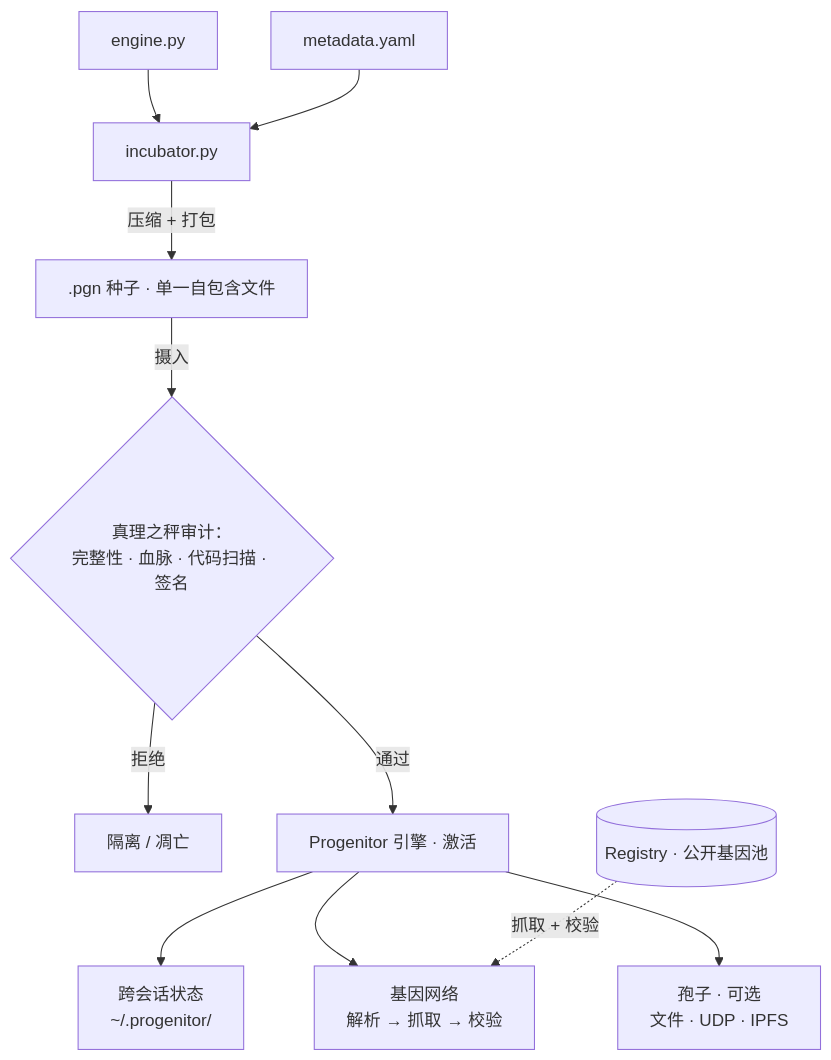
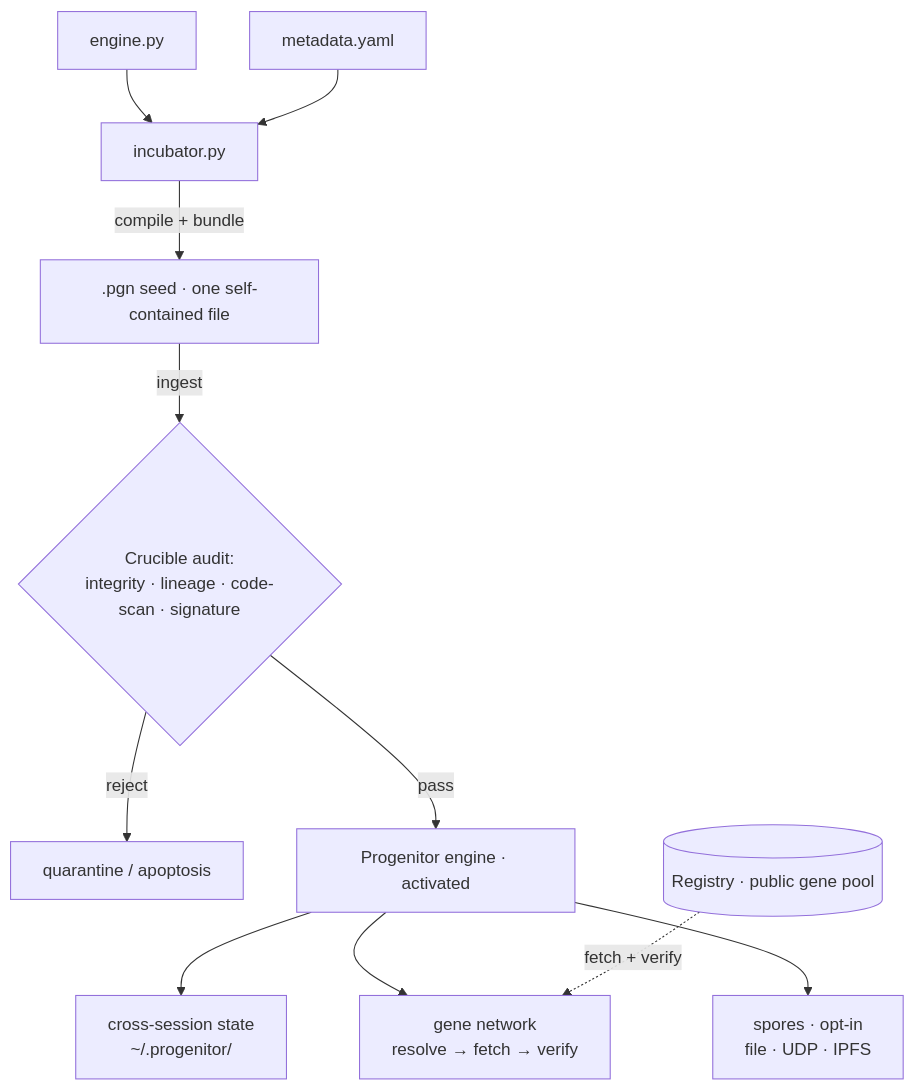
Before and after one commit to Audrey-cn/progenitor-protocol: the first of 2 diagrams in README_CN.md, drawn with Mermaid. The commit also changed other lines of this file and 1 other file, not shown here.

````diff
--- a/README_CN.md
+++ b/README_CN.md
@@ -166,13 +211,13 @@
 ```mermaid
 flowchart TD
     E["engine.py"] --> I["incubator.py"]
     M["metadata.yaml"] --> I["incubator.py"]
-    I -->|"压缩 + 打包"| SEED[".pgn 种子 · 单一自包含文件"]
-    SEED -->|摄入| CR{"真理之秤审计：<br/>完整性 · 血脉 · 代码扫描 · 签名"}
-    CR -->|拒绝| Q["隔离 / 凋亡"]
-    CR -->|通过| ENG["Progenitor 引擎 · 激活"]
-    ENG --> ST["跨会话状态<br/>~/.progenitor/"]
-    ENG --> GN["基因网络<br/>解析 → 抓取 → 校验"]
-    ENG --> SP["孢子 · 可选<br/>文件 · UDP · IPFS"]
-    REG[("Registry · 公开基因池")] -. "抓取 + 校验" .-> GN
+    I -->|"compile + bundle"| SEED[".pgn seed · one self-contained file"]
+    SEED -->|ingest| CR{"Crucible audit:<br/>integrity · lineage · code-scan · signature"}
+    CR -->|reject| Q["quarantine / apoptosis"]
+    CR -->|pass| ENG["Progenitor engine · activated"]
+    ENG --> ST["cross-session state<br/>~/.progenitor/"]
+    ENG --> GN["gene network<br/>resolve → fetch → verify"]
+    ENG --> SP["spores · opt-in<br/>file · UDP · IPFS"]
+    REG[("Registry · public gene pool")] -. "fetch + verify" .-> GN
 ```
````
